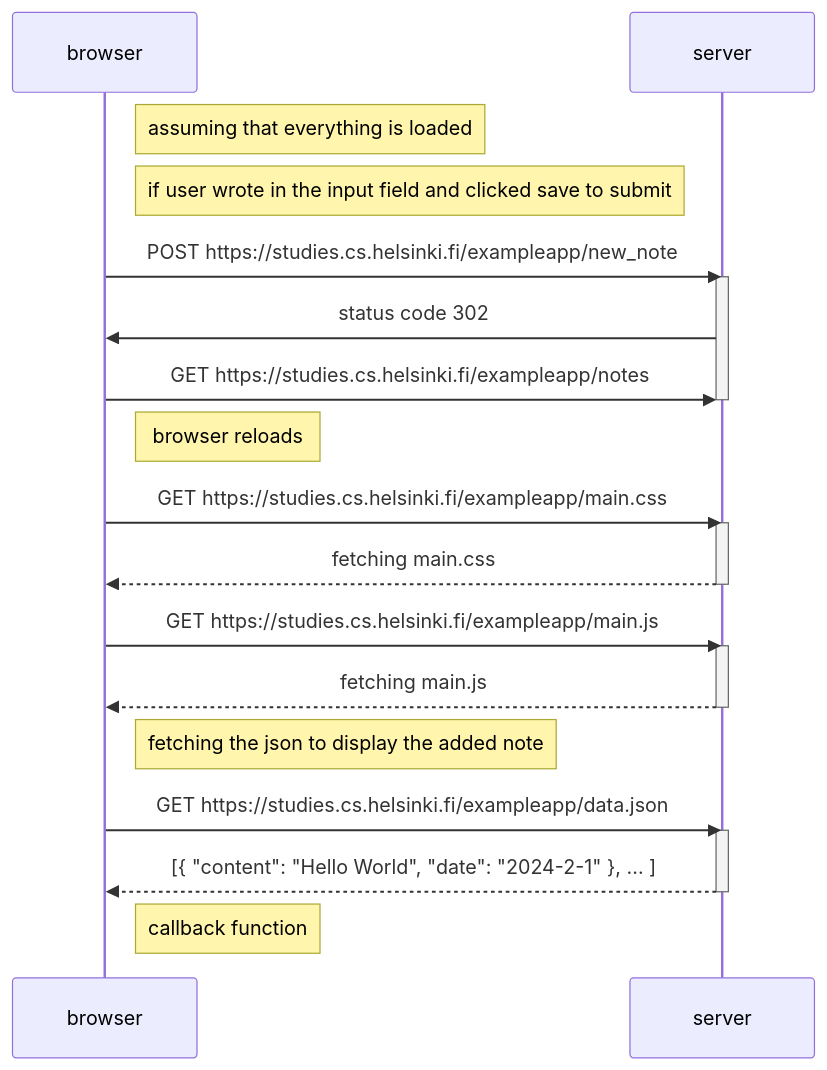
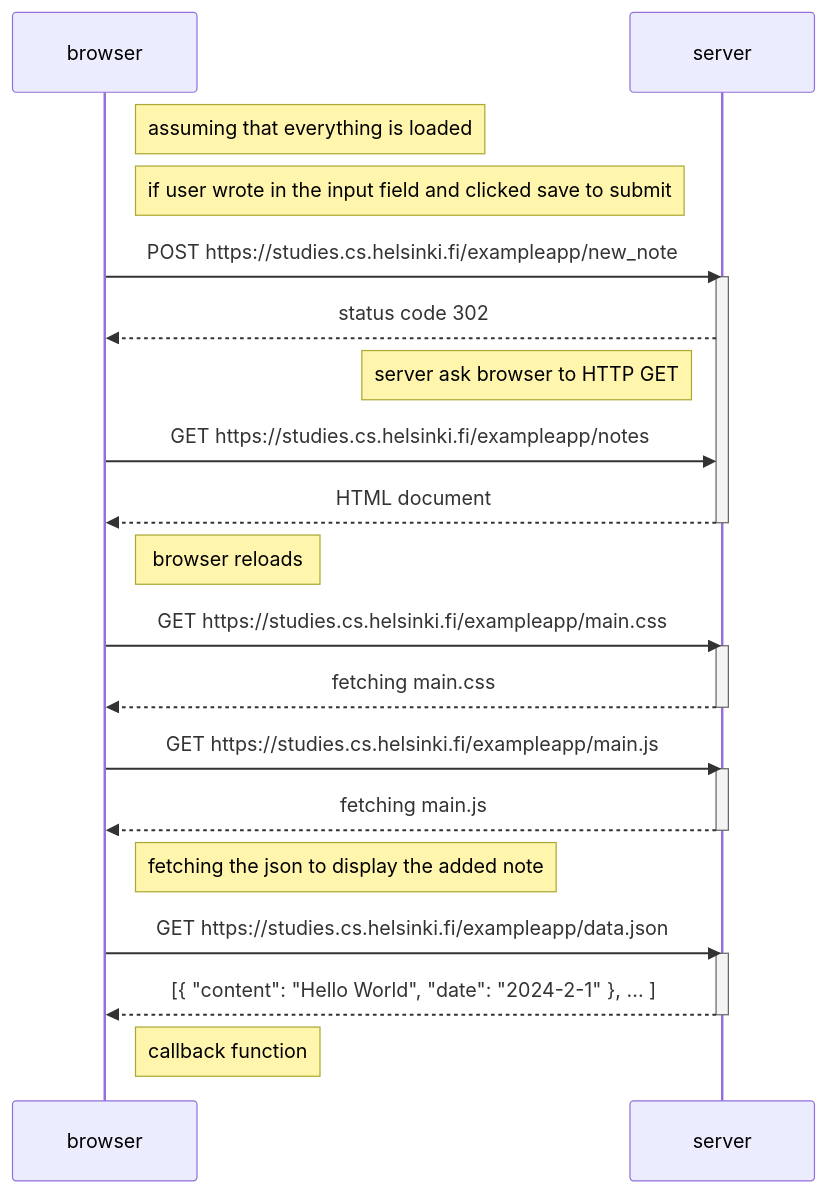
One commit to dreihimself/fullstackOpen changed the diagram in part0/0.4-New-note-diagram.md. Above: the diagram before and after it, drawn with Mermaid.

Commit message:
added missing response

````diff
--- a/part0/0.4-New-note-diagram.md
+++ b/part0/0.4-New-note-diagram.md
@@ -1,33 +1,35 @@
 ```mermaid
 sequenceDiagram
     participant browser
     participant server
     
     Note right of browser: assuming that everything is loaded 
     
     Note right of browser: if user wrote in the input field and clicked save to submit
     browser->>server: POST https://studies.cs.helsinki.fi/exampleapp/new_note
     activate server
-    server->>browser: status code 302
+    server-->>browser: status code 302
+    note left of server: server ask browser to HTTP GET
     browser->>server: GET https://studies.cs.helsinki.fi/exampleapp/notes
+    server-->>browser: HTML document
     deactivate server
 
     Note right of browser: browser reloads 
     browser->>server: GET https://studies.cs.helsinki.fi/exampleapp/main.css
     activate server
     server-->>browser: fetching main.css
     deactivate server
 
     browser->>server: GET https://studies.cs.helsinki.fi/exampleapp/main.js
     activate server
     server-->>browser: fetching main.js
     deactivate server
 
     Note right of browser: fetching the json to display the added note 
     browser->>server: GET https://studies.cs.helsinki.fi/exampleapp/data.json
     activate server
     server-->>browser: [{ "content": "Hello World", "date": "2024-2-1" }, ... ]
     deactivate server
 
     Note right of browser: callback function
 ```
````
